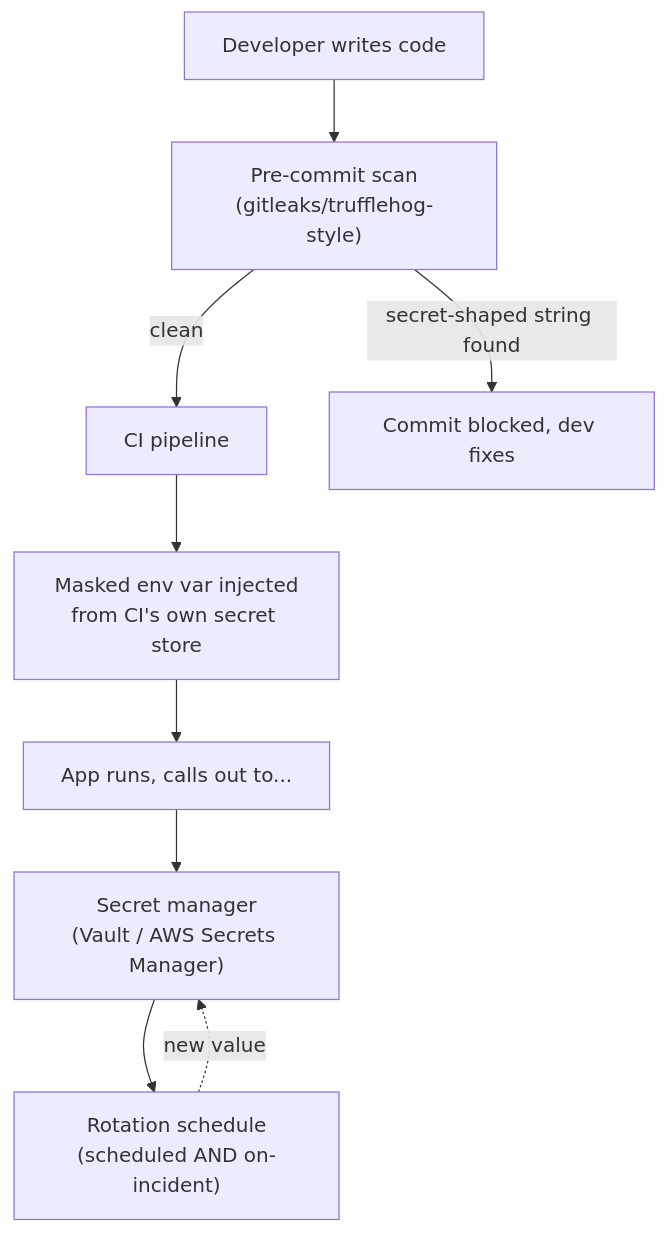
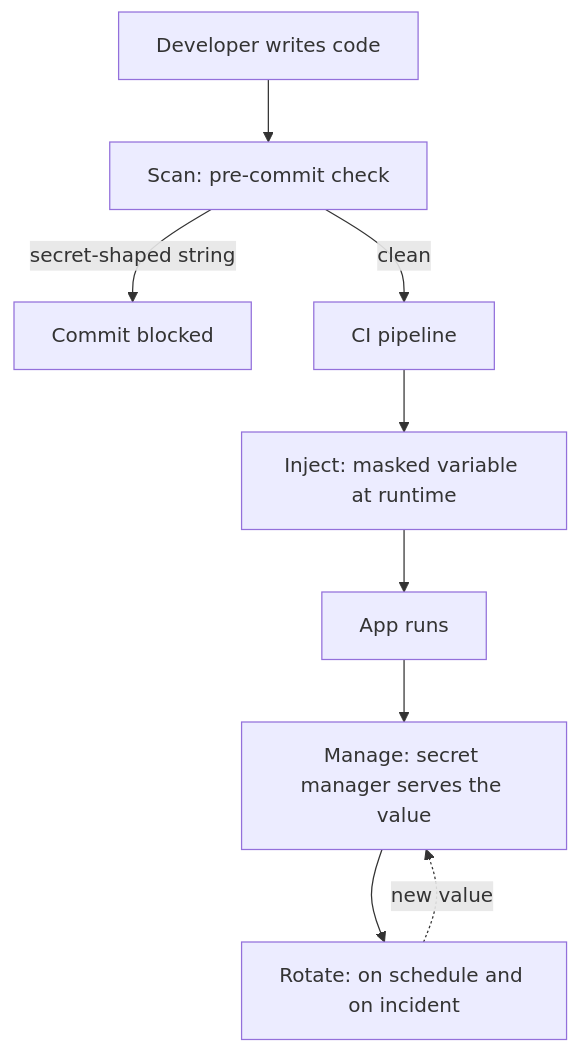
The second of 2 diagrams in src/content/security/secrets-management/L2-concept.mdx (francoandreDev/knowledge), drawn with Mermaid before and after one commit. The commit also changed other lines of this file and 3 other files, not shown here.

````diff
--- a/src/content/security/secrets-management/L2-concept.mdx
+++ b/src/content/security/secrets-management/L2-concept.mdx
@@ -78,11 +76,11 @@
 ```mermaid
 flowchart TD
-    Dev["Developer writes code"] --> PreCommit["Pre-commit scan\n(gitleaks/trufflehog-style)"]
-    PreCommit -- "clean" --> CI["CI pipeline"]
-    PreCommit -- "secret-shaped string found" --> Block["Commit blocked, dev fixes"]
-    CI --> Inject["Masked env var injected\nfrom CI's own secret store"]
-    Inject --> Run["App runs, calls out to..."]
-    Run --> Manager["Secret manager\n(Vault / AWS Secrets Manager)"]
-    Manager --> Rotate["Rotation schedule\n(scheduled AND on-incident)"]
+    Dev["Developer writes code"] --> Scan["Scan: pre-commit check"]
+    Scan -->|"secret-shaped string"| Block["Commit blocked"]
+    Scan -->|"clean"| CI["CI pipeline"]
+    CI --> Inject["Inject: masked variable at runtime"]
+    Inject --> App["App runs"]
+    App --> Manager["Manage: secret manager serves the value"]
+    Manager --> Rotate["Rotate: on schedule and on incident"]
     Rotate -.->|"new value"| Manager
 ```
````
